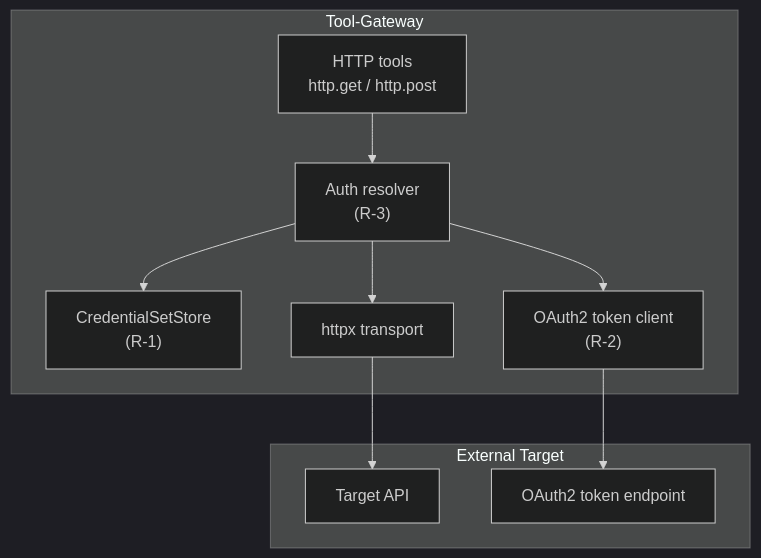
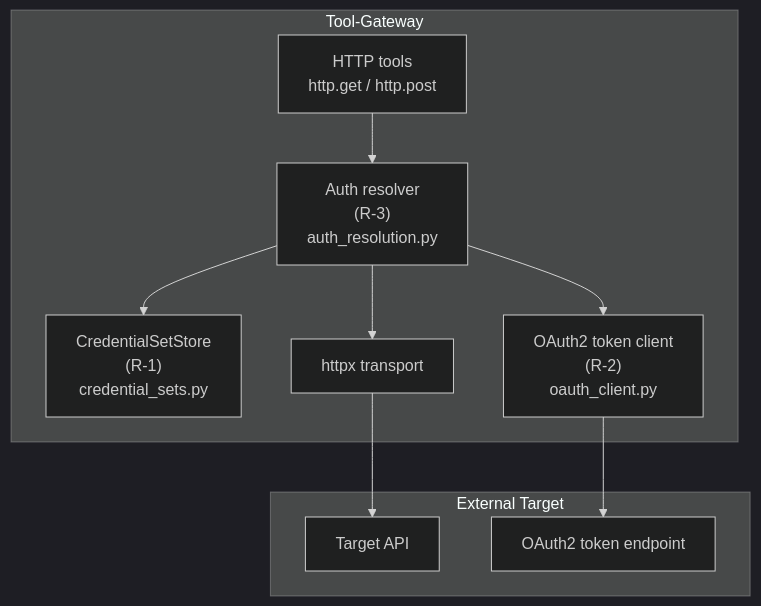
The second of 6 diagrams in .qoder/repowiki/en/content/Shared Contracts/SPEC-068_ Outbound Execution-Credential Schemes Substrate.md (alainlei/luban-aiops), drawn with Mermaid (dark theme) before and after one commit. The commit also changed other lines of this file and 93 other files, not shown here.

````diff
--- a/.qoder/repowiki/en/content/Shared Contracts/SPEC-068_ Outbound Execution-Credential Schemes Substrate.md
+++ b/.qoder/repowiki/en/content/Shared Contracts/SPEC-068_ Outbound Execution-Credential Schemes Substrate.md
@@ -94,20 +115,20 @@
 ```mermaid
 graph TB
 subgraph "Tool-Gateway"
 Tools["HTTP tools<br/>http.get / http.post"]
-Resolver["Auth resolver<br/>(R-3)"]
-Store["CredentialSetStore<br/>(R-1)"]
-TokenClient["OAuth2 token client<br/>(R-2)"]
+Resolver["Auth resolver<br/>(R-3)<br/>auth_resolution.py"]
+Store["CredentialSetStore<br/>(R-1)<br/>credential_sets.py"]
+TokenClient["OAuth2 token client<br/>(R-2)<br/>oauth_client.py"]
 Transport["httpx transport"]
 end
 subgraph "External Target"
 Api["Target API"]
 TokenEndpoint["OAuth2 token endpoint"]
 end
 Tools --> Resolver
 Resolver --> Store
 Resolver --> TokenClient
 TokenClient --> TokenEndpoint
 Resolver --> Transport
 Transport --> Api
 ```
````
